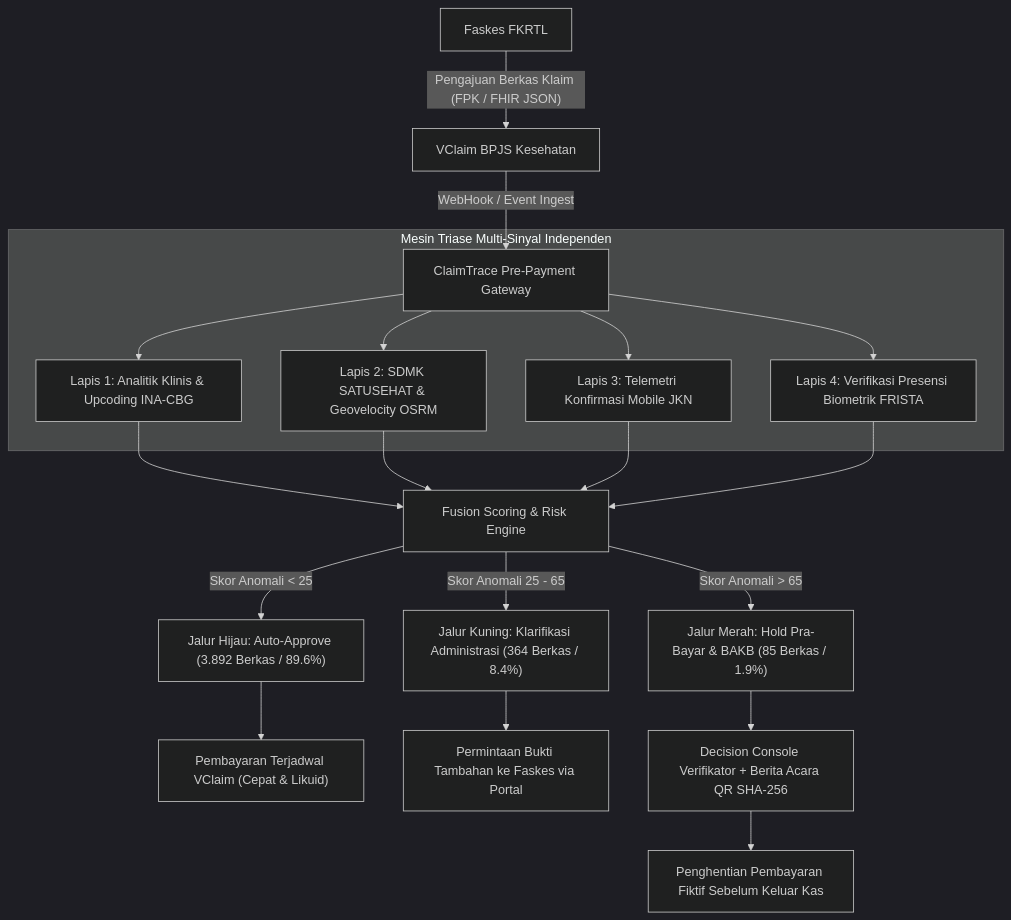
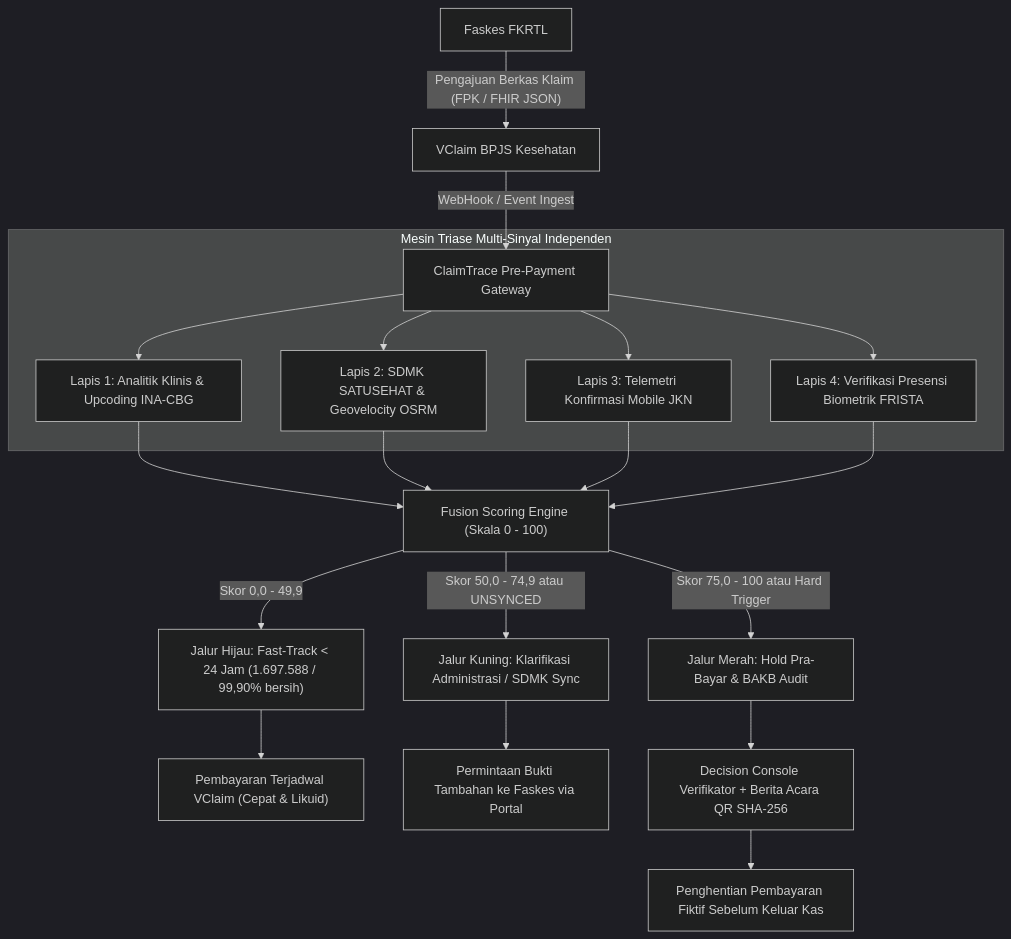
Before and after one commit to lombeytjhtt96-glitch/ClaimTrace: the second of 3 diagrams in ClaimTrace_Mentoring_Coaching_Dossier_Final.md, drawn with Mermaid (dark theme). The commit also changed other lines of this file and 11 other files, not shown here.

````diff
--- a/ClaimTrace_Mentoring_Coaching_Dossier_Final.md
+++ b/ClaimTrace_Mentoring_Coaching_Dossier_Final.md
@@ -68,23 +89,23 @@
 ```mermaid
 flowchart TD
     A["Faskes FKRTL"] -->|"Pengajuan Berkas Klaim (FPK / FHIR JSON)"| B["VClaim BPJS Kesehatan"]
     B -->|"WebHook / Event Ingest"| C["ClaimTrace Pre-Payment Gateway"]
     
     subgraph Quad_Triangulation ["Mesin Triase Multi-Sinyal Independen"]
         C --> D1["Lapis 1: Analitik Klinis & Upcoding INA-CBG"]
         C --> D2["Lapis 2: SDMK SATUSEHAT & Geovelocity OSRM"]
         C --> D3["Lapis 3: Telemetri Konfirmasi Mobile JKN"]
         C --> D4["Lapis 4: Verifikasi Presensi Biometrik FRISTA"]
     end
 
-    D1 & D2 & D3 & D4 --> E["Fusion Scoring & Risk Engine"]
+    D1 & D2 & D3 & D4 --> E["Fusion Scoring Engine (Skala 0 - 100)"]
     
-    E -->|"Skor Anomali < 25"| F["Jalur Hijau: Auto-Approve (3.892 Berkas / 89.6%)"]
-    E -->|"Skor Anomali 25 - 65"| G["Jalur Kuning: Klarifikasi Administrasi (364 Berkas / 8.4%)"]
-    E -->|"Skor Anomali > 65"| H["Jalur Merah: Hold Pra-Bayar & BAKB (85 Berkas / 1.9%)"]
+    E -->|"Skor 0,0 - 49,9"| F["Jalur Hijau: Fast-Track < 24 Jam (1.697.588 / 99,90% bersih)"]
+    E -->|"Skor 50,0 - 74,9 atau UNSYNCED"| G["Jalur Kuning: Klarifikasi Administrasi / SDMK Sync"]
+    E -->|"Skor 75,0 - 100 atau Hard Trigger"| H["Jalur Merah: Hold Pra-Bayar & BAKB Audit"]
     
     F --> I["Pembayaran Terjadwal VClaim (Cepat & Likuid)"]
     G --> J["Permintaan Bukti Tambahan ke Faskes via Portal"]
     H --> K["Decision Console Verifikator + Berita Acara QR SHA-256"]
     K --> L["Penghentian Pembayaran Fiktif Sebelum Keluar Kas"]
 ```
````
